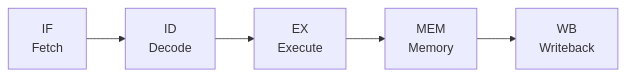
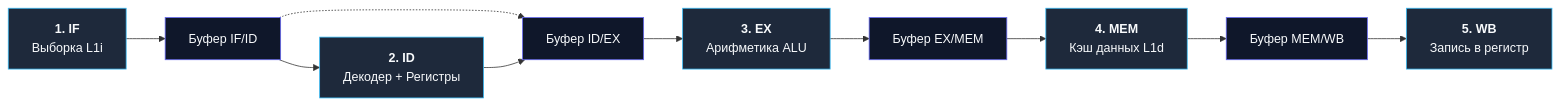
One commit to UnrealTemplier/go-textbook changed the second of 3 diagrams in sources/1. Архитектура компьютера/11. Конвейеризация. Почему CPU исполняет несколько инструкций одновременно.md. Above: the diagram before and after it, drawn with Mermaid. The commit also changed other lines of this file, not shown here.

````diff
--- a/sources/1. Архитектура компьютера/11. Конвейеризация. Почему CPU исполняет несколько инструкций одновременно.md
+++ b/sources/1. Архитектура компьютера/11. Конвейеризация. Почему CPU исполняет несколько инструкций одновременно.md
@@ -28,7 +70,17 @@
 ```mermaid
 flowchart LR
-    IF["IF<br>Fetch"] --> ID["ID<br>Decode"]
-    ID --> EX["EX<br>Execute"]
-    EX --> MEM["MEM<br>Memory"]
-    MEM --> WB["WB<br>Writeback"]
+    IF["<b>1. IF</b><br>Выборка L1i"] --> Reg1["Буфер IF/ID"]
+    Reg1 --> ID["<b>2. ID</b><br>Декодер + Регистры"]
+    Reg1 -.-> Reg2["Буфер ID/EX"]
+    ID --> Reg2
+    Reg2 --> EX["<b>3. EX</b><br>Арифметика ALU"]
+    EX --> Reg3["Буфер EX/MEM"]
+    Reg3 --> MEM["<b>4. MEM</b><br>Кэш данных L1d"]
+    MEM --> Reg4["Буфер MEM/WB"]
+    Reg4 --> WB["<b>5. WB</b><br>Запись в регистр"]
+
+    classDef stage fill:#1e293b,stroke:#38bdf8,stroke-width:1px,color:#f8fafc;
+    classDef buf fill:#0f172a,stroke:#6366f1,stroke-width:1px,color:#f8fafc;
+    class IF,ID,EX,MEM,WB stage;
+    class Reg1,Reg2,Reg3,Reg4 buf;
 ```
````
